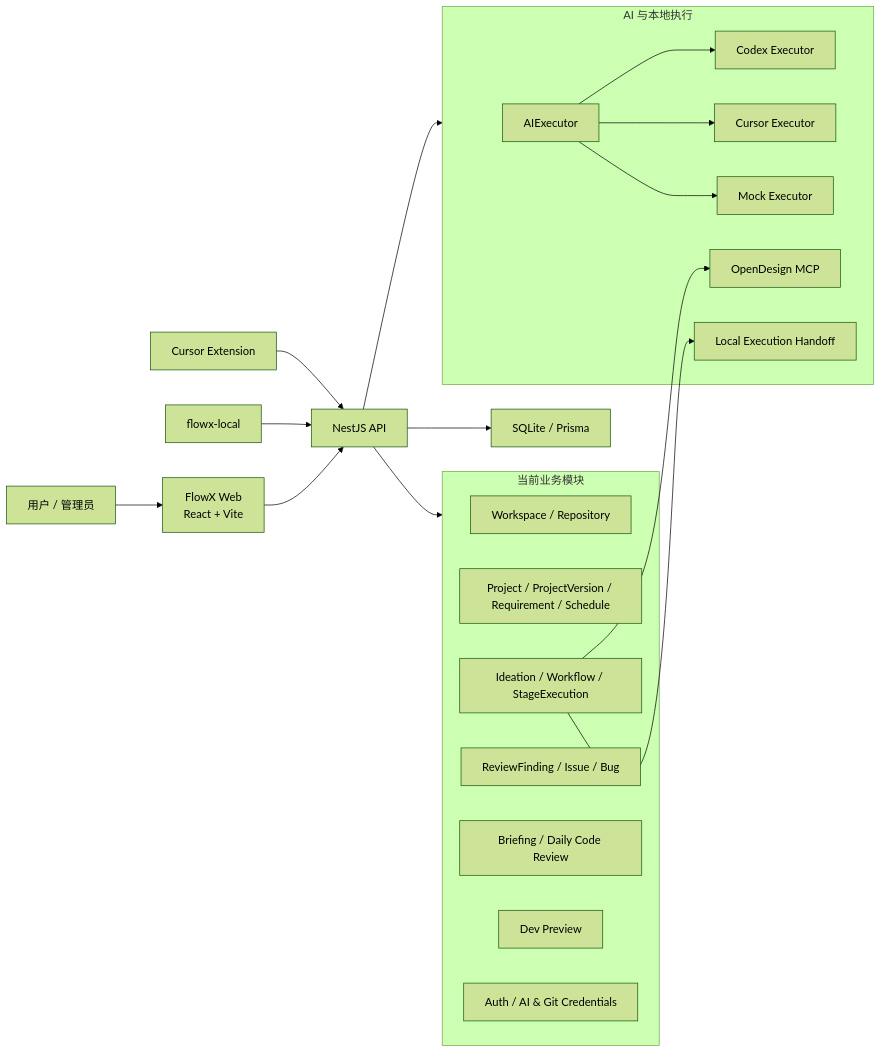
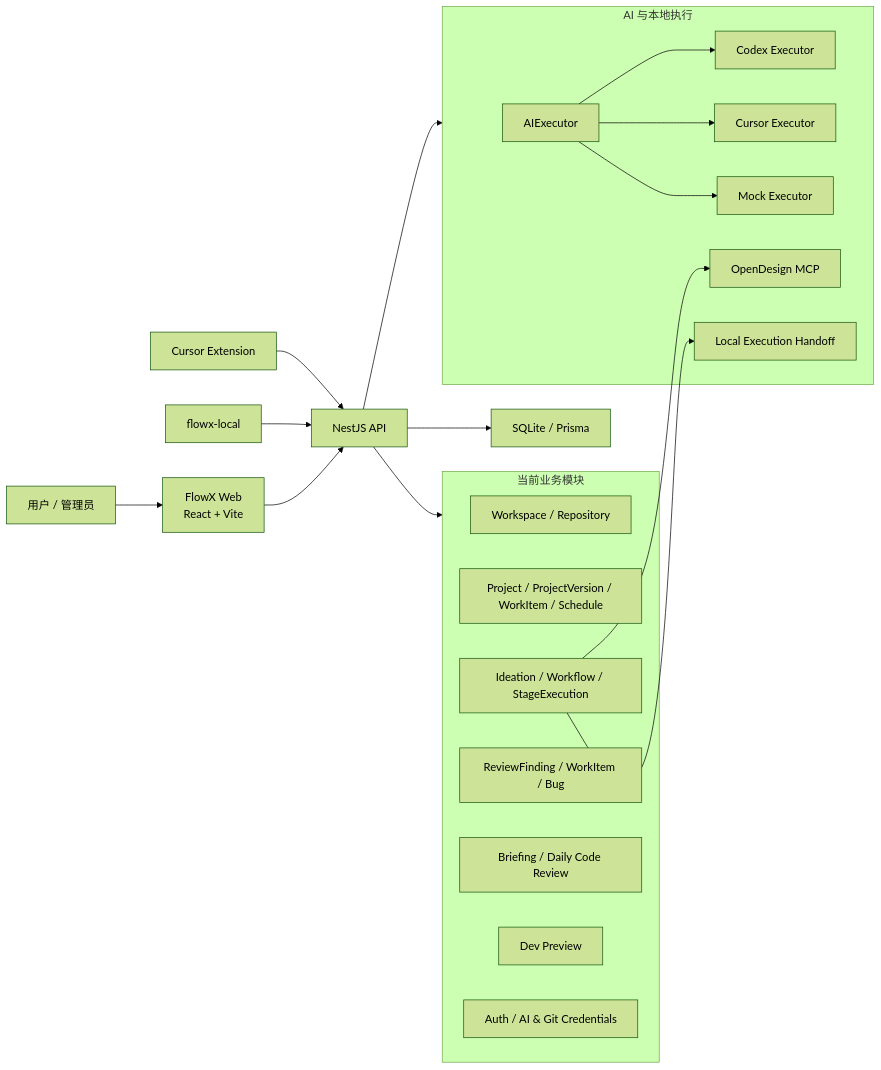
The diagram in docs/system-design.md (ChalkleyZhou/FlowX), drawn with Mermaid (forest theme) before and after one commit. The commit also changed other lines of this file and 234 other files, not shown here.

````diff
--- a/docs/system-design.md
+++ b/docs/system-design.md
@@ -28,36 +34,36 @@
 ```mermaid
 flowchart LR
     User["用户 / 管理员"] --> Web["FlowX Web\nReact + Vite"]
     CursorExt["Cursor Extension"] --> API["NestJS API"]
     Local["flowx-local"] --> API
     Web --> API
     API --> DB["SQLite / Prisma"]
 
     subgraph Domains["当前业务模块"]
         Workspace["Workspace / Repository"]
-        Project["Project / ProjectVersion / Requirement / Schedule"]
+        Project["Project / ProjectVersion / WorkItem / Schedule"]
         Workflow["Ideation / Workflow / StageExecution"]
-        Review["ReviewFinding / Issue / Bug"]
+        Review["ReviewFinding / WorkItem / Bug"]
         Briefing["Briefing / Daily Code Review"]
         DevPreview["Dev Preview"]
         Auth["Auth / AI & Git Credentials"]
     end
 
     API --> Domains
 
     subgraph AI["AI 与本地执行"]
         Executor["AIExecutor"]
         Codex["Codex Executor"]
         Cursor["Cursor Executor"]
         Mock["Mock Executor"]
         OpenDesign["OpenDesign MCP"]
         LocalHandoff["Local Execution Handoff"]
     end
 
     API --> AI
     Executor --> Codex
     Executor --> Cursor
     Executor --> Mock
     Workflow --> OpenDesign
     Workflow --> LocalHandoff
 ```
````
